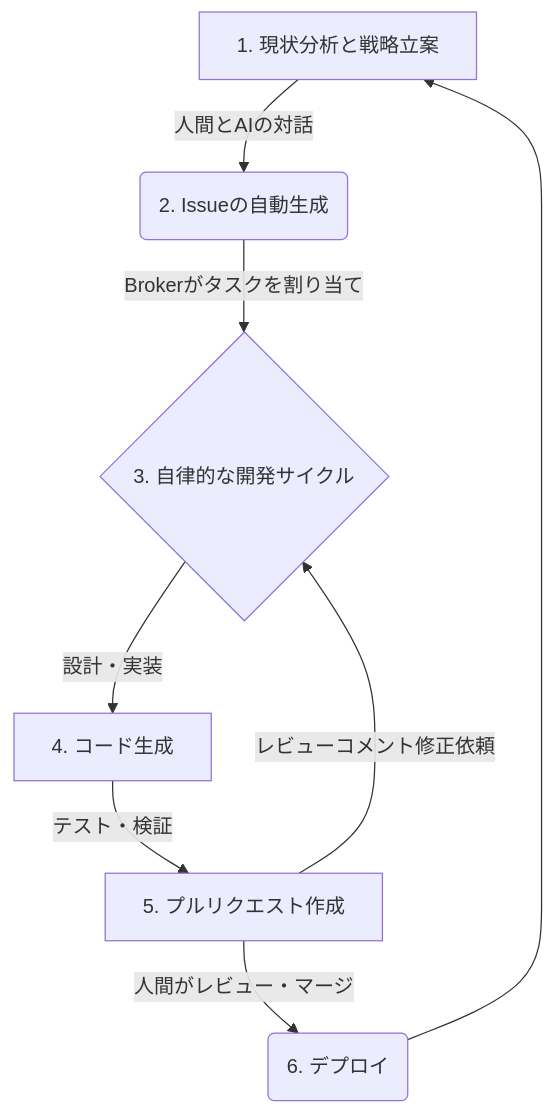
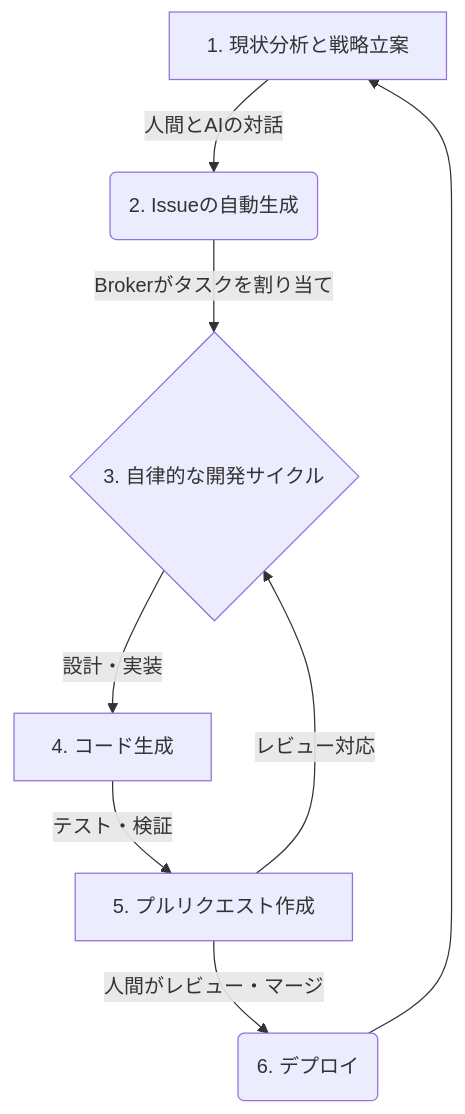
The diagram in README.md (masa-codehub/github_broker), drawn with Mermaid before and after one commit. The commit also changed other lines of this file, not shown here.

Commit message:
docs: Fix review comments for #1055
Clarify description and Mermaid diagram label in README.md

````diff
--- a/README.md
+++ b/README.md
@@ -32,10 +32,10 @@
 ```mermaid
 graph TD
     A[1. 現状分析と戦略立案] -->|人間とAIの対話| B(2. Issueの自動生成);
     B -->|Brokerがタスクを割り当て| C{3. 自律的な開発サイクル};
     C -->|設計・実装| D[4. コード生成];
     D -->|テスト・検証| E[5. プルリクエスト作成];
     E -->|人間がレビュー・マージ| F(6. デプロイ);
-    E -- レビューコメント修正依頼 --> C;
+    E -- レビュー対応 --> C;
     F --> A;
 ```
````
